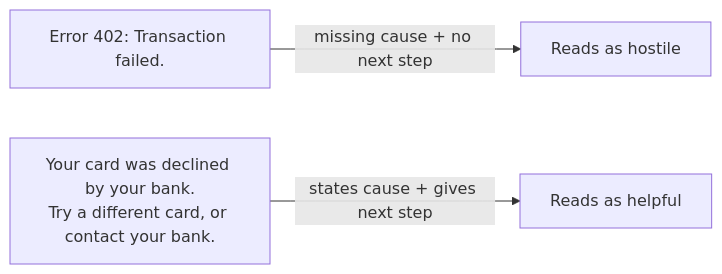
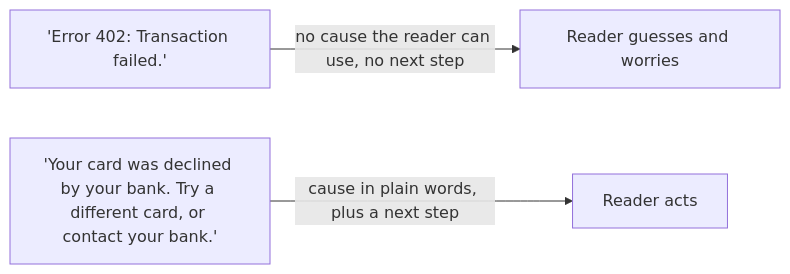
The diagram in src/content/design/ux-writing-microcopy/L1-summary.mdx (francoandreDev/knowledge), drawn with Mermaid before and after one commit. The commit also changed other lines of this file and 16 other files, not shown here.

````diff
--- a/src/content/design/ux-writing-microcopy/L1-summary.mdx
+++ b/src/content/design/ux-writing-microcopy/L1-summary.mdx
@@ -81,5 +79,5 @@
 ```mermaid
 flowchart LR
-    A["Error 402: Transaction failed."] -->|missing cause + no next step| B[Reads as hostile]
-    C["Your card was declined by your bank.\nTry a different card, or contact your bank."] -->|states cause + gives next step| D[Reads as helpful]
+    A["'Error 402: Transaction failed.'"] -->|"no cause the reader can use, no next step"| B["Reader guesses and worries"]
+    C["'Your card was declined by your bank. Try a different card, or contact your bank.'"] -->|"cause in plain words, plus a next step"| D["Reader acts"]
 ```
````
